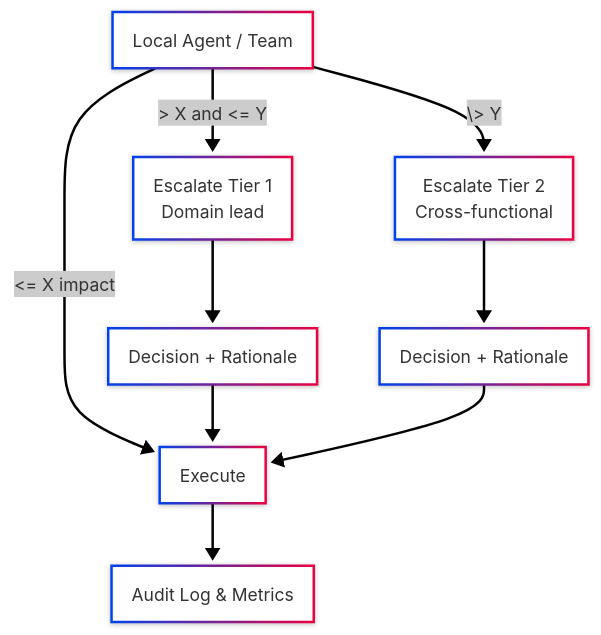
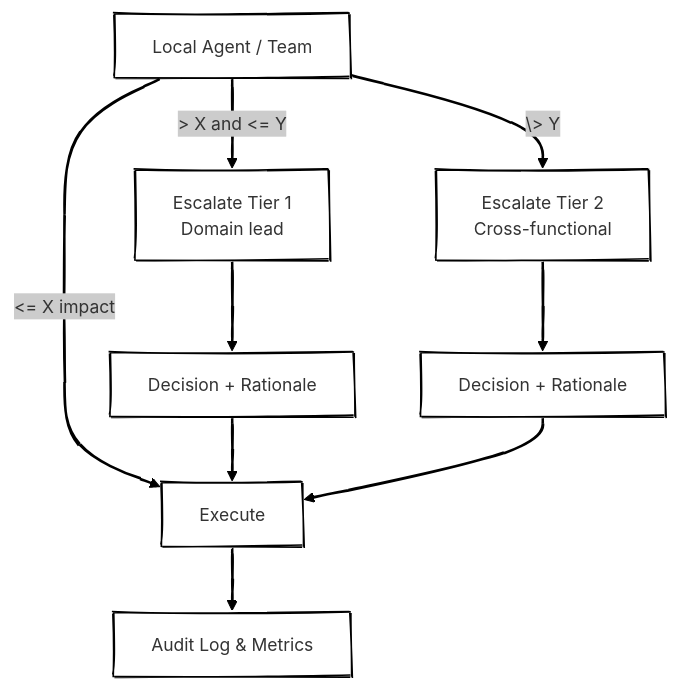
Before and after one commit to antomon/antomon.github.io: the fifth of 8 diagrams in posts/from-planning-to-orchestration-reimagining-enterprise-beyond-S&OP/index.qmd, drawn with Mermaid. The commit also changed other lines of this file and 4 other files, not shown here.

````diff
--- a/posts/from-planning-to-orchestration-reimagining-enterprise-beyond-S&OP/index.qmd
+++ b/posts/from-planning-to-orchestration-reimagining-enterprise-beyond-S&OP/index.qmd
@@ -269,17 +272,17 @@
 ```{mermaid}
 %%| label: decision-rights
 %%| fig-cap: Decision rights as policy — dynamic escalation
 %%| fig-alt: Local autonomy within bounds with tiered escalation and safety nets
 %%| fig-align: "center"
-%%{init: {"theme": "neo", "look": "neo"}}%%
+%%{init: {"theme": "neo", "look": "handDrawn"}}%%
 
 flowchart TD
     L["Local Agent / Team"] -- "&lt;= X impact" --> Do["Execute"]
     L -- "&gt; X and &lt;= Y" --> Esc1["Escalate Tier 1<br>Domain lead"]
     L -- \> Y --> Esc2["Escalate Tier 2<br>Cross-functional"]
     Esc1 --> Decide1["Decision + Rationale"]
     Decide1 --> Do
     Esc2 --> Decide2["Decision + Rationale"]
     Decide2 --> Do
     Do --> Log["Audit Log & Metrics"]
 ```
````
